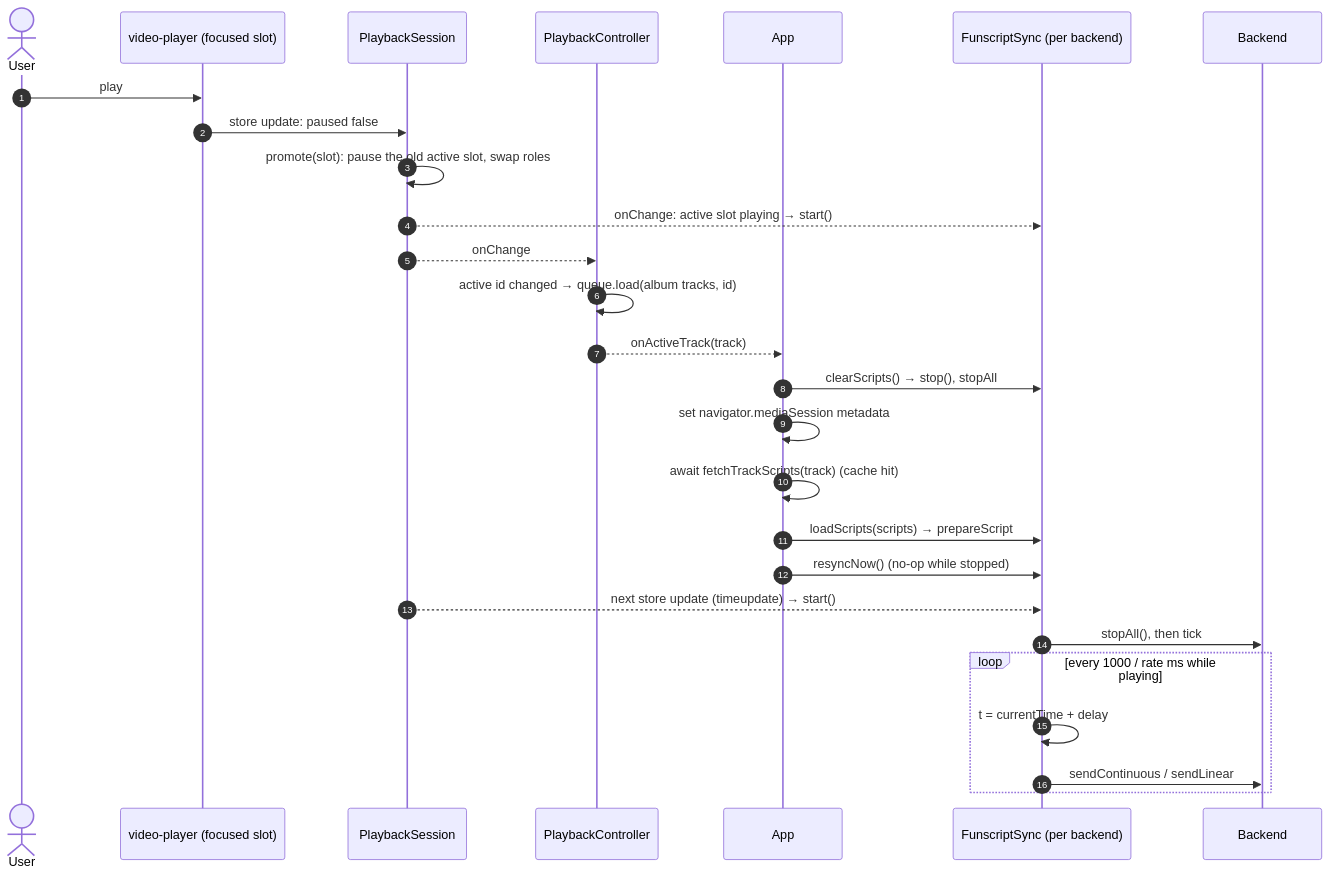
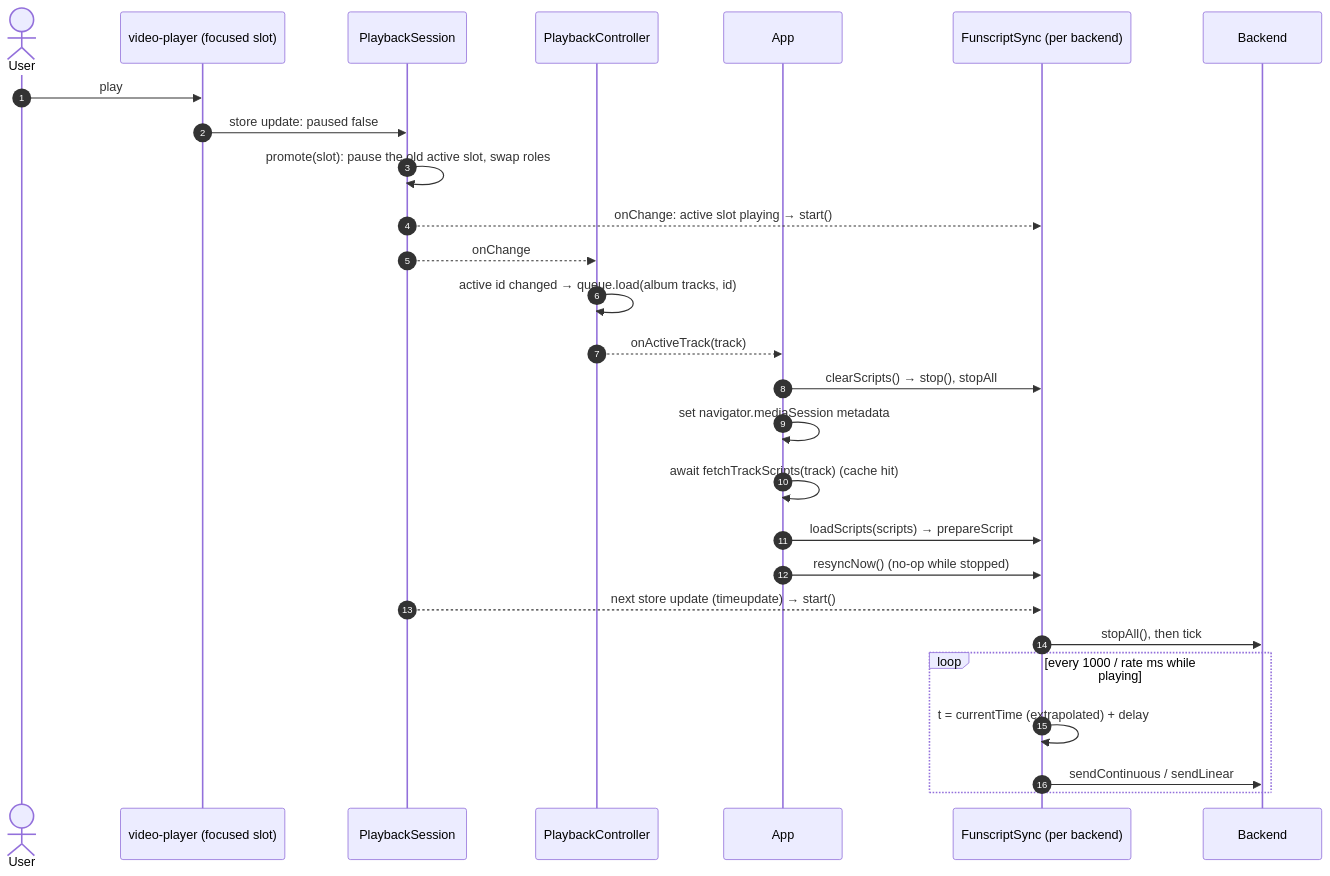
Before and after one commit to lumbar-spine-support/docker-haptic-player: the second of 4 diagrams in docs/developer/use-cases/browse-and-play.md, drawn with Mermaid. The commit also changed 20 other files, not shown here.

````diff
--- a/docs/developer/use-cases/browse-and-play.md
+++ b/docs/developer/use-cases/browse-and-play.md
@@ -47,30 +47,30 @@
 ```mermaid
 sequenceDiagram
   autonumber
   actor U as User
   participant P as video-player (focused slot)
   participant PS as PlaybackSession
   participant PC as PlaybackController
   participant A as App
   participant FS as FunscriptSync (per backend)
   participant BE as Backend
 
   U->>P: play
   P->>PS: store update: paused false
   PS->>PS: promote(slot): pause the old active slot, swap roles
   PS-->>FS: onChange: active slot playing → start()
   PS-->>PC: onChange
   PC->>PC: active id changed → queue.load(album tracks, id)
   PC-->>A: onActiveTrack(track)
   A->>FS: clearScripts() → stop(), stopAll
   A->>A: set navigator.mediaSession metadata
   A->>A: await fetchTrackScripts(track) (cache hit)
   A->>FS: loadScripts(scripts) → prepareScript
   A->>FS: resyncNow() (no-op while stopped)
   PS-->>FS: next store update (timeupdate) → start()
   FS->>BE: stopAll(), then tick
   loop every 1000 / rate ms while playing
-    FS->>FS: t = currentTime + delay
+    FS->>FS: t = currentTime (extrapolated) + delay
     FS->>BE: sendContinuous / sendLinear
   end
 ```
````
